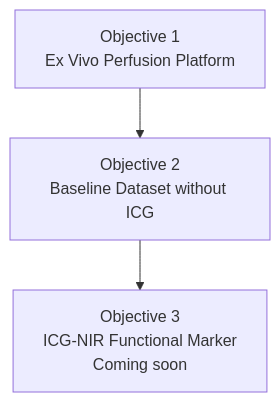
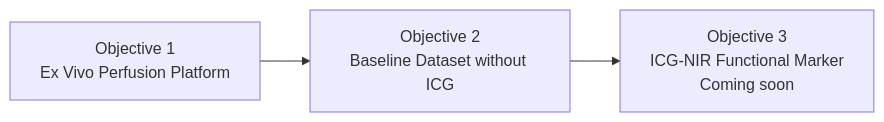
Before and after one commit to Eoweo/CarlosMoreno.github.io: the first of 3 diagrams in portfolio.qmd, drawn with Mermaid. The commit also changed 1 other file, not shown here.

````diff
--- a/portfolio.qmd
+++ b/portfolio.qmd
@@ -21,6 +21,6 @@
 ```{mermaid}
-flowchart TD
+flowchart LR
     O1["Objective 1<br/>Ex Vivo Perfusion Platform"]
     O1 --> O2["Objective 2<br/>Baseline Dataset without ICG"]
     O2 --> O3["Objective 3<br/>ICG-NIR Functional Marker<br/>Coming soon"]
 ```
````
